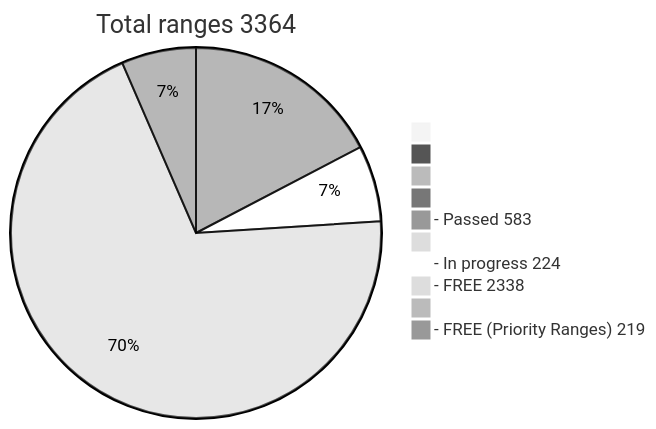
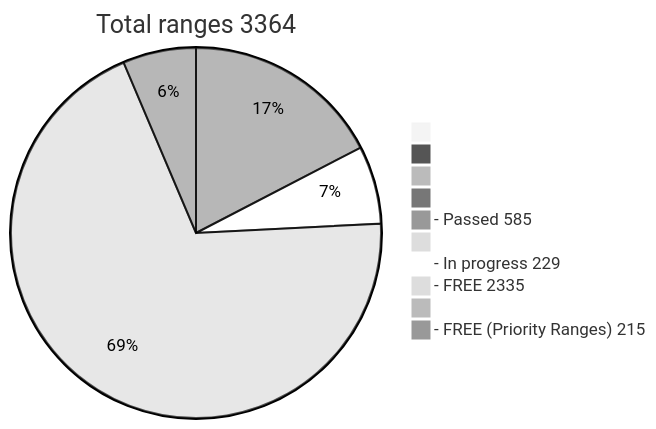
One commit to phrutis/wif500 changed the diagram in README.md. Above: the diagram before and after it, drawn with Mermaid (neutral theme).

````diff
--- a/README.md
+++ b/README.md
@@ -16,13 +16,13 @@
 ```mermaid
 pie title Total ranges 3364
              " " : 0
             "  " : 0
            "   " : 0
           "    " : 0
-  "- Passed 583" : 583
+  "- Passed 585" : 585
          "     " : 0
-  "- In progress 224" : 224
-   "- FREE 2338" : 2338
+  "- In progress 229" : 229
+   "- FREE 2335" : 2335
         "      " : 0
-  "- FREE (Priority Ranges) 219" : 219
+  "- FREE (Priority Ranges) 215" : 215
 ```
````
